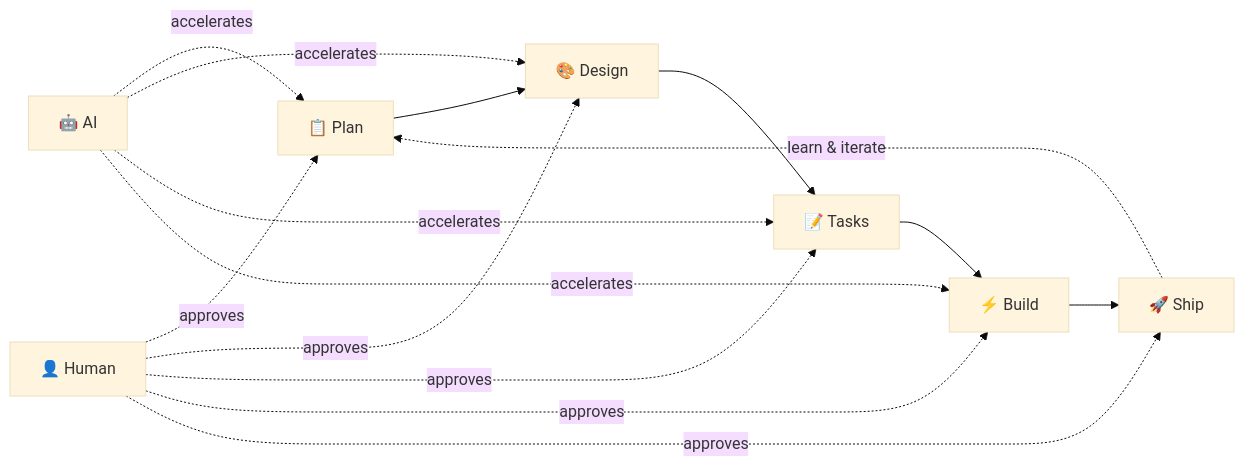
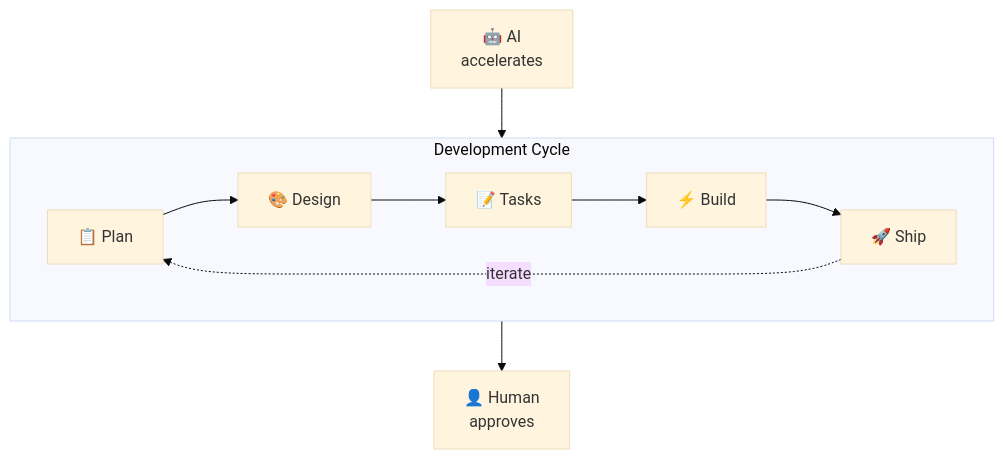
Before and after one commit to cliangdev/specflux: the diagram in README.md, drawn with Mermaid (base theme). The commit also changed other lines of this file, not shown here.

Commit message:
docs: clean up Development Philosophy diagram
Use subgraph for cleaner layout:
- Development cycle in contained box
- AI feeds into cycle from left
- Human approves on right
- Iterate loop connects back

🤖 Generated with [Claude Code](https://claude.com/claude-code)

````diff
--- a/README.md
+++ b/README.md
@@ -28,16 +28,12 @@
 ```mermaid
-flowchart LR
-    Plan["📋 Plan"] --> Design["🎨 Design"] --> Tasks["📝 Tasks"] --> Build["⚡ Build"] --> Ship["🚀 Ship"]
-    Ship -.->|learn & iterate| Plan
+flowchart TB
+    subgraph Cycle ["Development Cycle"]
+        direction LR
+        Plan["📋 Plan"] --> Design["🎨 Design"] --> Tasks["📝 Tasks"] --> Build["⚡ Build"] --> Ship["🚀 Ship"]
+    end
 
-    AI["🤖 AI"] -.->|accelerates| Plan
-    AI -.->|accelerates| Design
-    AI -.->|accelerates| Tasks
-    AI -.->|accelerates| Build
+    Ship -.->|iterate| Plan
 
-    Human["👤 Human"] -.->|approves| Plan
-    Human -.->|approves| Design
-    Human -.->|approves| Tasks
-    Human -.->|approves| Build
-    Human -.->|approves| Ship
+    AI["🤖 AI<br/>accelerates"] --> Cycle
+    Cycle --> Human["👤 Human<br/>approves"]
 ```
````
